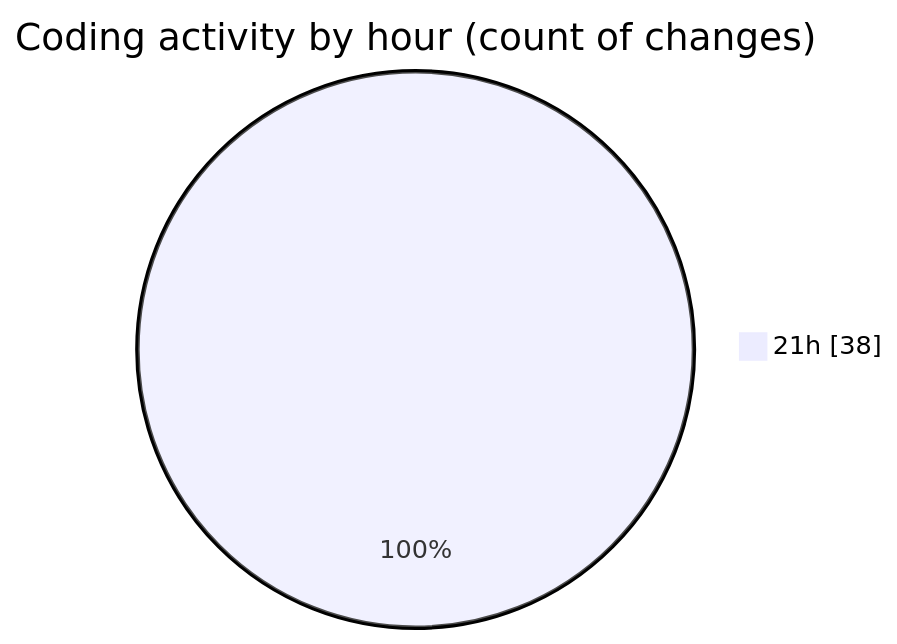
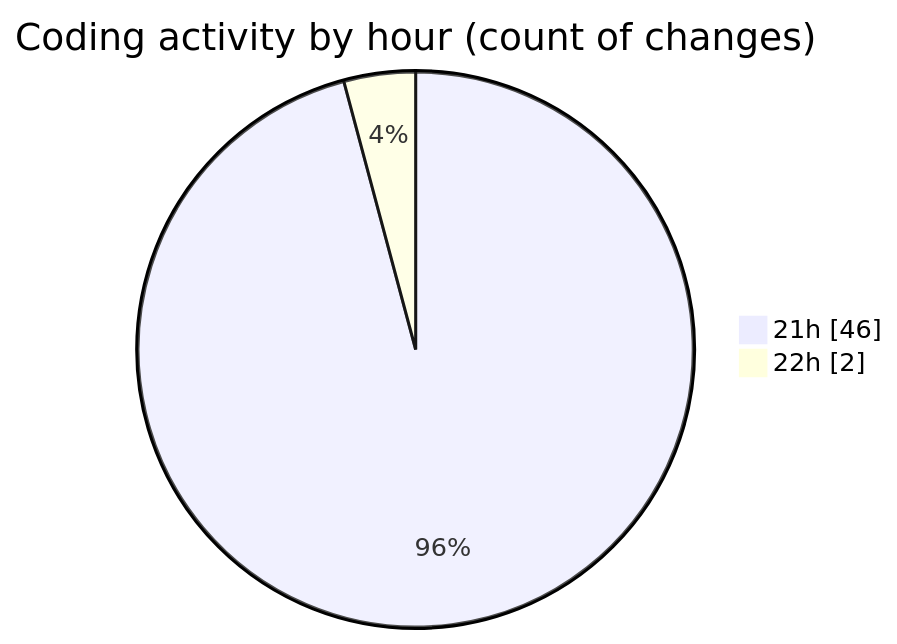
The second of 2 diagrams in 2025-10-13/scopecraft/README.md (Ritupan-Deka/code-tracking), drawn with Mermaid before and after one commit. The commit also changed other lines of this file and 1 other file, not shown here.

````diff
--- a/2025-10-13/scopecraft/README.md
+++ b/2025-10-13/scopecraft/README.md
@@ -37,5 +37,6 @@
 ```mermaid
 pie showData
 title Coding activity by hour (count of changes)
-"21h" : 38
+"21h" : 46
+"22h" : 2
 ```
````
